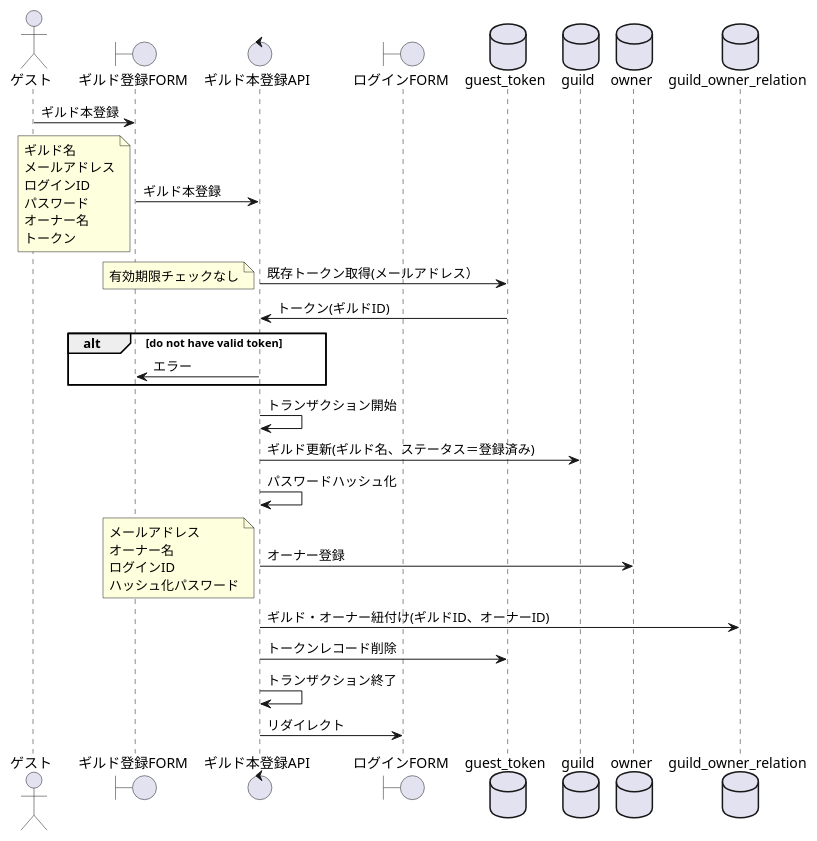
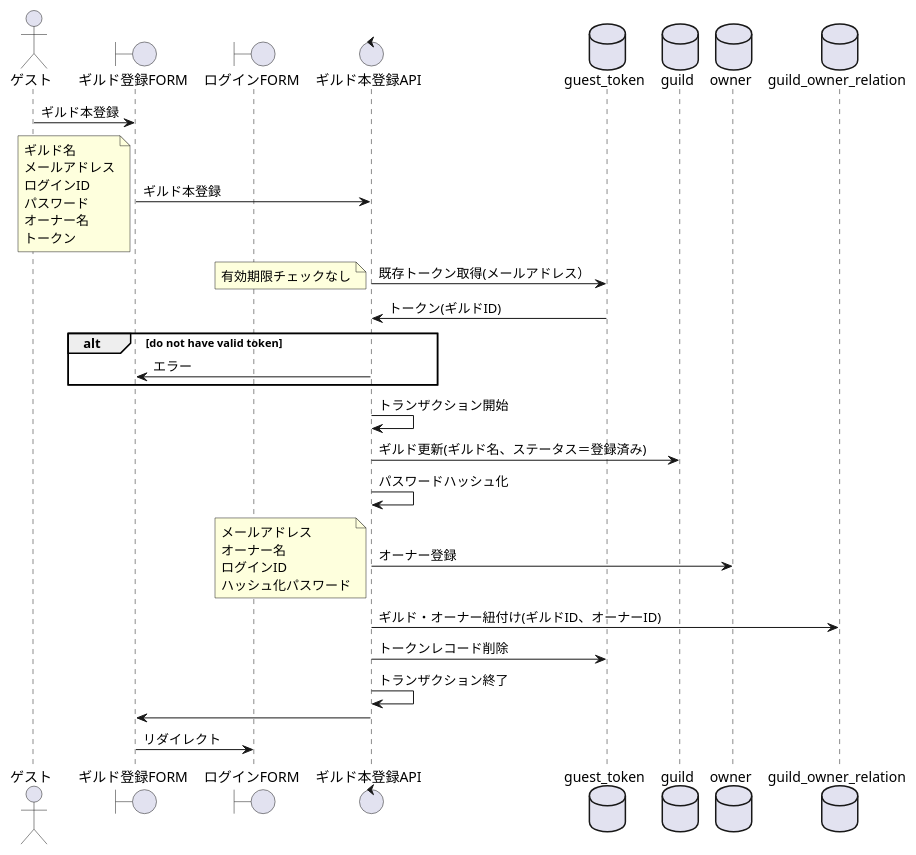
The diagram in design/sequence/003_ギルドを本登録する.puml (sky0621/familiagildo), drawn with PlantUML before and after one commit. The commit also changed 2 other files, not shown here.

```diff
--- a/design/sequence/003_ギルドを本登録する.puml
+++ b/design/sequence/003_ギルドを本登録する.puml
@@ -1,43 +1,44 @@
 @startuml
 
 actor ゲスト as guest
-boundary ギルド登録FORM as form
-control ギルド本登録API as handler
-boundary ログインFORM as form2
+boundary ギルド登録FORM as page1
+boundary ログインFORM as page2
+control ギルド本登録API as api
 database guest_token
 database guild
 database owner
 database guild_owner_relation as rel
 
-guest -> form:ギルド本登録
-form -> handler:ギルド本登録
+guest -> page1:ギルド本登録
+page1 -> api:ギルド本登録
 note left
 ギルド名
 メールアドレス
 ログインID
 パスワード
 オーナー名
 トークン
 end note
-handler -> guest_token:既存トークン取得(メールアドレス）
+api -> guest_token:既存トークン取得(メールアドレス）
 note left: 有効期限チェックなし
-guest_token -> handler:トークン(ギルドID)
+guest_token -> api:トークン(ギルドID)
 alt do not have valid token
-handler -> form:エラー
+api -> page1:エラー
 end
-handler -> handler:トランザクション開始
-handler -> guild:ギルド更新(ギルド名、ステータス＝登録済み)
-handler -> handler:パスワードハッシュ化
-handler -> owner:オーナー登録
+api -> api:トランザクション開始
+api -> guild:ギルド更新(ギルド名、ステータス＝登録済み)
+api -> api:パスワードハッシュ化
+api -> owner:オーナー登録
 note left
 メールアドレス
 オーナー名
 ログインID
 ハッシュ化パスワード
 end note
-handler -> rel:ギルド・オーナー紐付け(ギルドID、オーナーID)
-handler -> guest_token:トークンレコード削除
-handler -> handler:トランザクション終了
-handler -> form2:リダイレクト
+api -> rel:ギルド・オーナー紐付け(ギルドID、オーナーID)
+api -> guest_token:トークンレコード削除
+api -> api:トランザクション終了
+api -> page1
+page1 -> page2:リダイレクト
 
 @enduml
```
